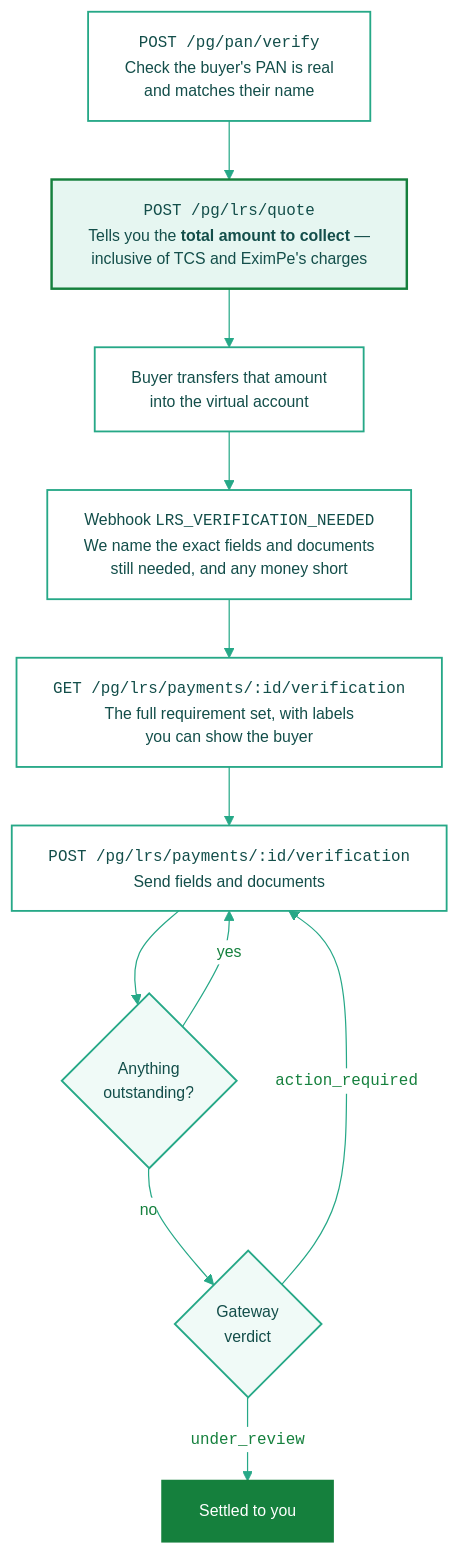
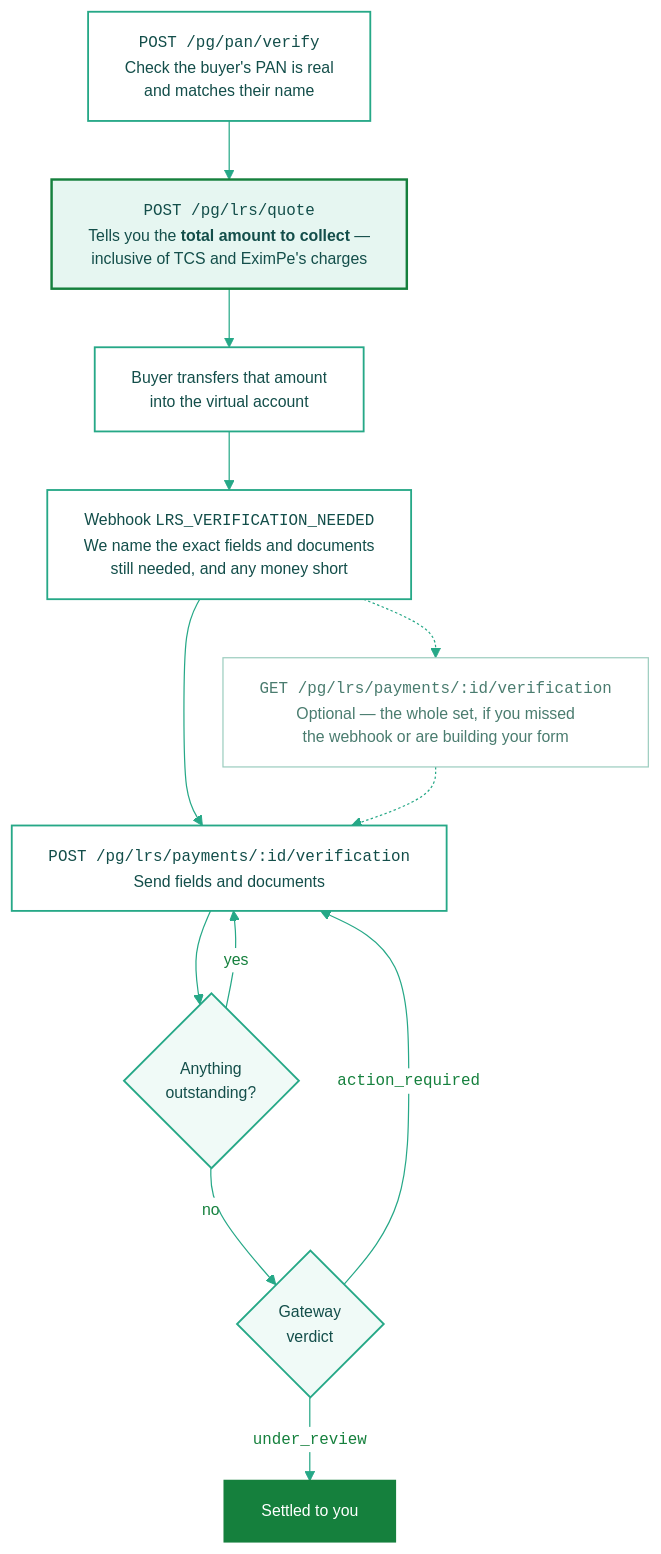
One commit to akhil-kumar-mg-mint/docs changed the diagram in integration-guide/v3/web-integration/lrs-verification.mdx. Above: the diagram before and after it, drawn with Mermaid. The commit also changed other lines of this file, not shown here.

Commit message:
docs(v3): the requirements GET is a lookup, not a step
The webhook already names what is missing, so GET verification is not on the path
a payment takes — it is what you reach for when you missed the event, are resuming
a half-finished payment, or are building your form. Showing it inline implied a
call every payment needs.

Moves it off the spine onto dashed edges, and swaps the two page sections so the
POST is the step and the GET follows as the lookup, with a line saying when to
use it.

````diff
--- a/integration-guide/v3/web-integration/lrs-verification.mdx
+++ b/integration-guide/v3/web-integration/lrs-verification.mdx
@@ -20,42 +20,47 @@
 ```mermaid
 %%{init: {
   "theme": "base",
   "themeVariables": {
     "fontFamily": "ui-sans-serif, system-ui, -apple-system, sans-serif",
     "fontSize": "13px",
     "primaryColor": "#ffffff",
     "primaryTextColor": "#15803d",
     "primaryBorderColor": "#26a887",
     "lineColor": "#26a887",
     "tertiaryColor": "#ffffff",
     "edgeLabelBackground": "#ffffff"
   },
   "flowchart": { "curve": "basis", "htmlLabels": true, "wrappingWidth": 340, "nodeSpacing": 44, "rankSpacing": 48 }
 }}%%
 flowchart TD
     A["<code>POST /pg/pan/verify</code><br/>Check the buyer's PAN is real<br/>and matches their name"]
     B["<code>POST /pg/lrs/quote</code><br/>Tells you the <b>total amount to collect</b> —<br/>inclusive of TCS and EximPe's charges"]
     C["Buyer transfers that amount<br/>into the virtual account"]
     D["Webhook <code>LRS_VERIFICATION_NEEDED</code><br/>We name the exact fields and documents<br/>still needed, and any money short"]
-    E["<code>GET /pg/lrs/payments/:id/verification</code><br/>The full requirement set, with labels<br/>you can show the buyer"]
-    F["<code>POST /pg/lrs/payments/:id/verification</code><br/>Send fields and documents"]
-    G{"Anything<br/>outstanding?"}
-    H{"Gateway<br/>verdict"}
-    I["Settled to you"]
+    E["<code>POST /pg/lrs/payments/:id/verification</code><br/>Send fields and documents"]
+    F{"Anything<br/>outstanding?"}
+    G{"Gateway<br/>verdict"}
+    H["Settled to you"]
+    X["<code>GET /pg/lrs/payments/:id/verification</code><br/>Optional — the whole set, if you missed<br/>the webhook or are building your form"]
 
-    A --> B --> C --> D --> E --> F --> G
-    G -- "yes" --> F
-    G -- "no" --> H
-    H -- "<code>action_required</code>" --> F
-    H -- "<code>under_review</code>" --> I
+    A --> B --> C --> D --> E --> F
+    F -- "yes" --> E
+    F -- "no" --> G
+    G -- "<code>action_required</code>" --> E
+    G -- "<code>under_review</code>" --> H
+    D -.-> X
+    X -.-> E
 
     classDef step fill:#ffffff,stroke:#26a887,stroke-width:1.5px,color:#134e4a
     classDef gate fill:#f0faf7,stroke:#26a887,stroke-width:1.5px,color:#134e4a
     classDef emphasis fill:#e6f6f1,stroke:#15803d,stroke-width:2px,color:#134e4a
     classDef done fill:#15803d,stroke:#15803d,stroke-width:2px,color:#ffffff
+    classDef aside fill:#ffffff,stroke:#9ccdbf,stroke-width:1px,color:#4a7c6f
 
-    class A,C,D,E,F step
+    class A,C,D,E step
     class B emphasis
-    class G,H gate
-    class I done
+    class F,G gate
+    class H done
+    class X aside
+
 ```
````
